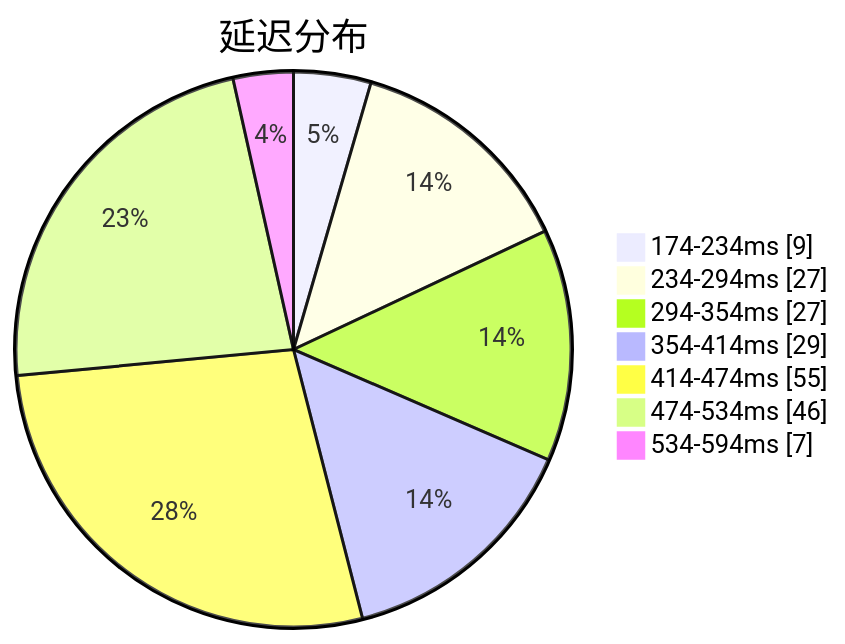
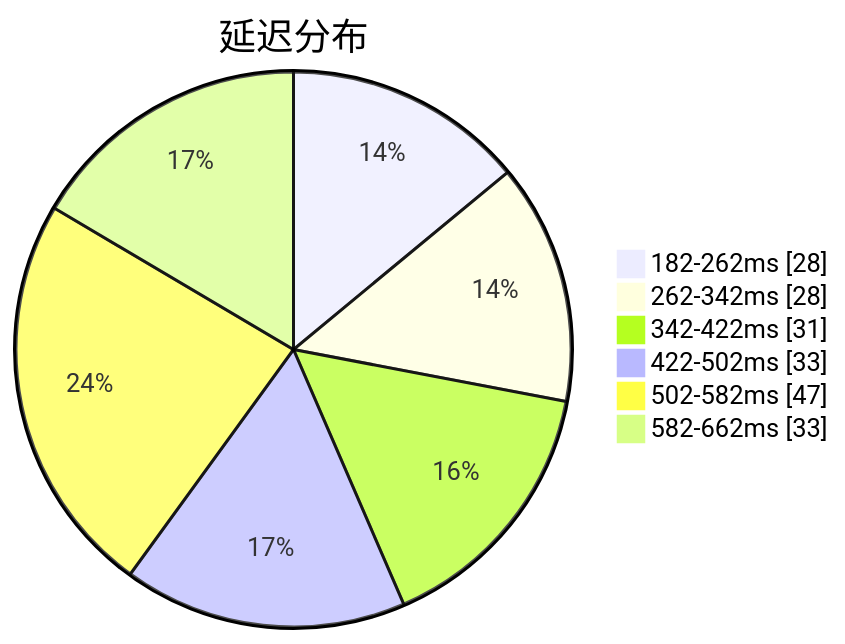
Before and after one commit to qjlxg/airport: the first of 3 diagrams in subs/statistics/tested_within.md, drawn with Mermaid. The commit also changed other lines of this file and 2 other files, not shown here.

````diff
--- a/subs/statistics/tested_within.md
+++ b/subs/statistics/tested_within.md
@@ -2,11 +2,10 @@
 ```mermaid
 pie showData
 title 延迟分布
-"174-234ms" : 9
-"234-294ms" : 27
-"294-354ms" : 27
-"354-414ms" : 29
-"414-474ms" : 55
-"474-534ms" : 46
-"534-594ms" : 7
+"182-262ms" : 28
+"262-342ms" : 28
+"342-422ms" : 31
+"422-502ms" : 33
+"502-582ms" : 47
+"582-662ms" : 33
 ```
````
